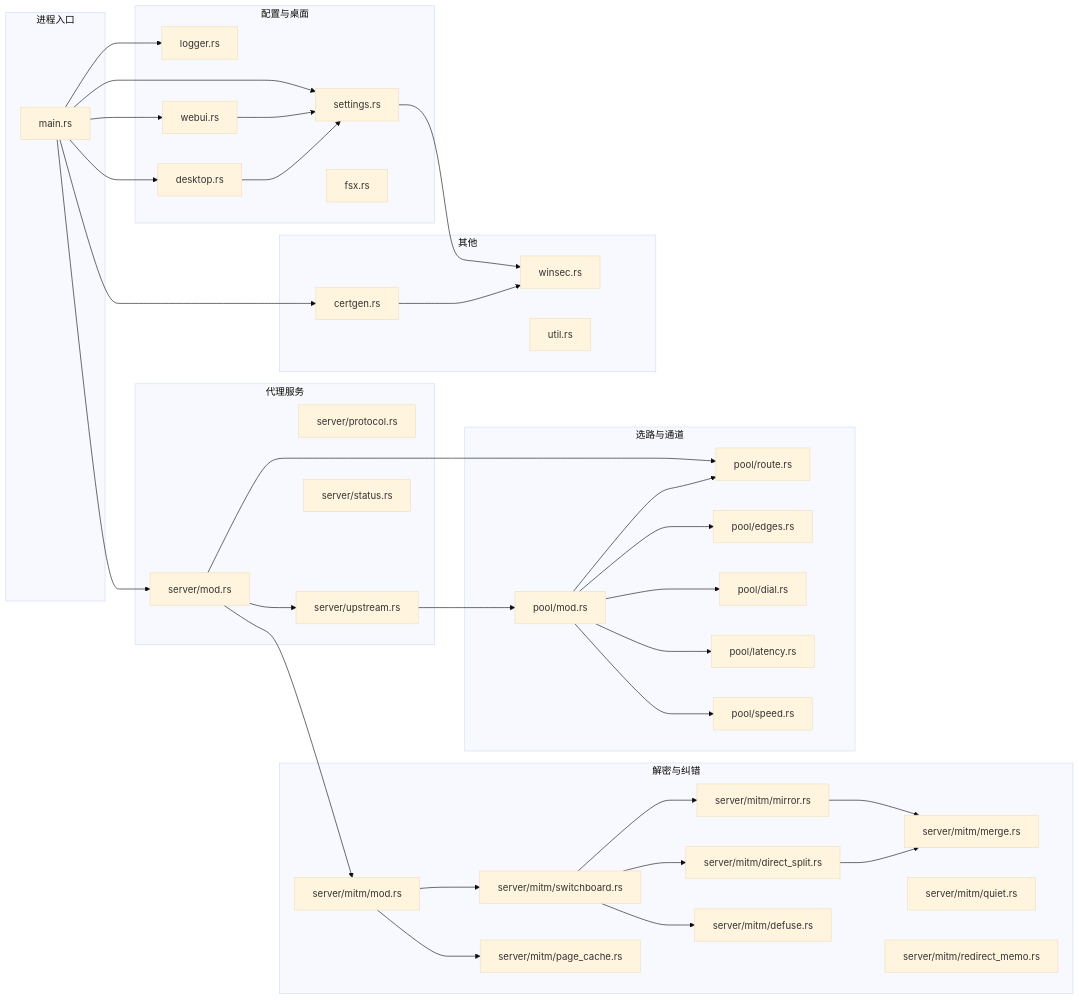
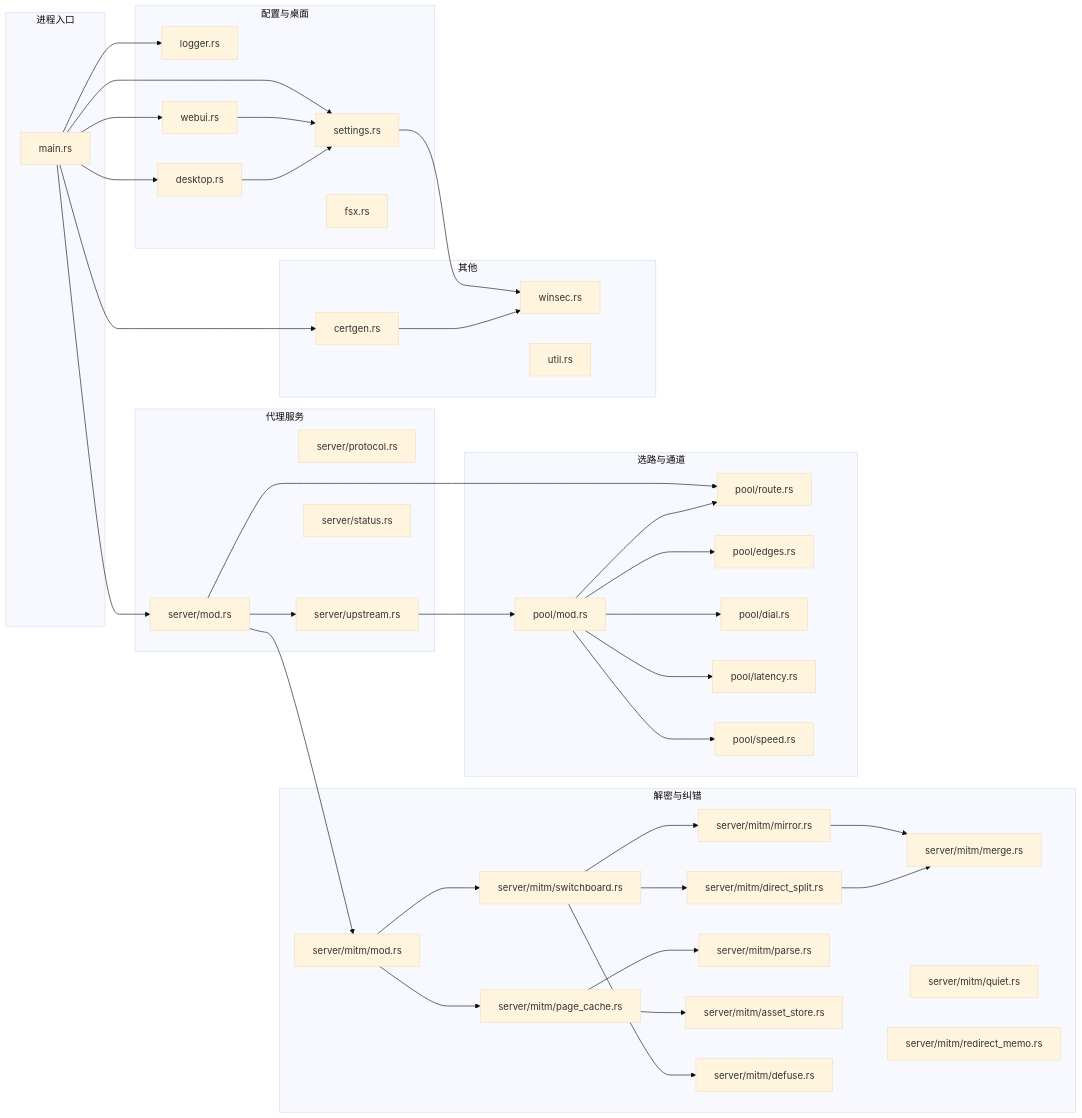
One commit to zhidian-cmd/gitport-github changed the first of 10 diagrams in docs/ARCHITECTURE.md. Above: the diagram before and after it, drawn with Mermaid (base theme). The commit also changed other lines of this file and 2 other files, not shown here.

Commit message:
docs(cache): 片段闸与判读表同步——完整文档闸入管线步骤、/conduit 信息流片段入收与不收清单、片段不立胚日志行判读、不变量 9 补片段条款、文件图与改动影响面纳入 parse/asset_store、README 限制补资产库明文

````diff
--- a/docs/ARCHITECTURE.md
+++ b/docs/ARCHITECTURE.md
@@ -11,70 +11,74 @@
 ```mermaid
 flowchart LR
     subgraph 进程入口
         MAIN[main.rs]
     end
     subgraph 配置与桌面
         SET[settings.rs]
         LOG[logger.rs]
         WEB[webui.rs]
         DESK[desktop.rs]
         FSX[fsx.rs]
     end
     subgraph 代理服务
         SRV[server/mod.rs]
         PROTO[server/protocol.rs]
         UP[server/upstream.rs]
         ST[server/status.rs]
     end
     subgraph 解密与纠错
         MITM[server/mitm/mod.rs]
         SWB[server/mitm/switchboard.rs]
         MIR[server/mitm/mirror.rs]
         DSP[server/mitm/direct_split.rs]
         MRG[server/mitm/merge.rs]
         PC[server/mitm/page_cache.rs]
+        PARSE[server/mitm/parse.rs]
+        AST[server/mitm/asset_store.rs]
         DEF[server/mitm/defuse.rs]
         QUIET[server/mitm/quiet.rs]
         RM[server/mitm/redirect_memo.rs]
     end
     subgraph 选路与通道
         ROUTE[pool/route.rs]
         EDGES[pool/edges.rs]
         POOL[pool/mod.rs]
         DIAL[pool/dial.rs]
         LAT[pool/latency.rs]
         SPD[pool/speed.rs]
     end
     subgraph 其他
         CA[certgen.rs]
         WIN[winsec.rs]
         UTIL[util.rs]
     end
 
     MAIN --> SET
     MAIN --> LOG
     MAIN --> CA
     MAIN --> SRV
     MAIN --> WEB
     MAIN --> DESK
     SRV --> ROUTE
     SRV --> UP
     SRV --> MITM
     MITM --> SWB
     MITM --> PC
+    PC --> PARSE
+    PC --> AST
     SWB --> MIR
     SWB --> DSP
     SWB --> DEF
     MIR --> MRG
     DSP --> MRG
     UP --> POOL
     POOL --> DIAL
     POOL --> EDGES
     POOL --> ROUTE
     POOL --> LAT
     POOL --> SPD
     SET --> WIN
     CA --> WIN
     WEB --> SET
     DESK --> SET
 ```
````
